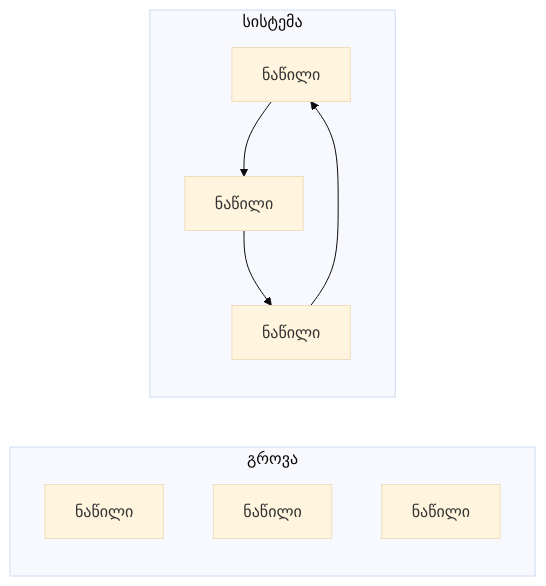
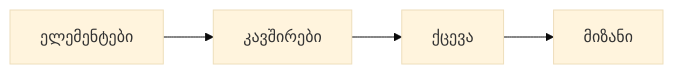
The third of 25 diagrams in books/src/007.md (DavidTbilisi/BookSummary), drawn with Mermaid (base theme) before and after one commit. The commit also changed other lines of this file and 10 other files, not shown here.

````diff
--- a/books/src/007.md
+++ b/books/src/007.md
@@ -44,14 +65,4 @@
 ```mermaid
 flowchart LR
-  subgraph Heap [გროვა]
-    H1[ნაწილი]
-    H2[ნაწილი]
-    H3[ნაწილი]
-  end
-
-  subgraph System [სისტემა]
-    S1[ნაწილი] --> S2[ნაწილი]
-    S2 --> S3[ნაწილი]
-    S3 --> S1[ნაწილი]
-  end
+  Elements[ელემენტები] --> Connections[კავშირები] --> Behavior[ქცევა] --> Purpose[მიზანი]
 ```
````
